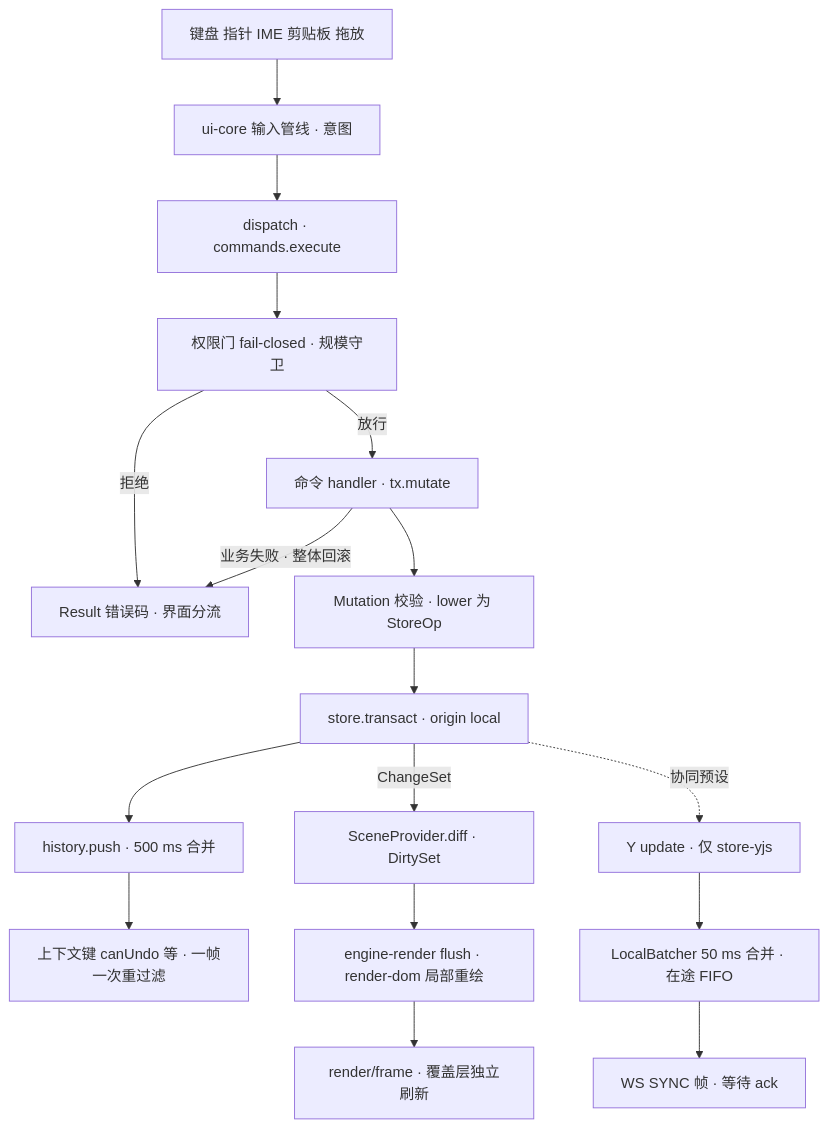
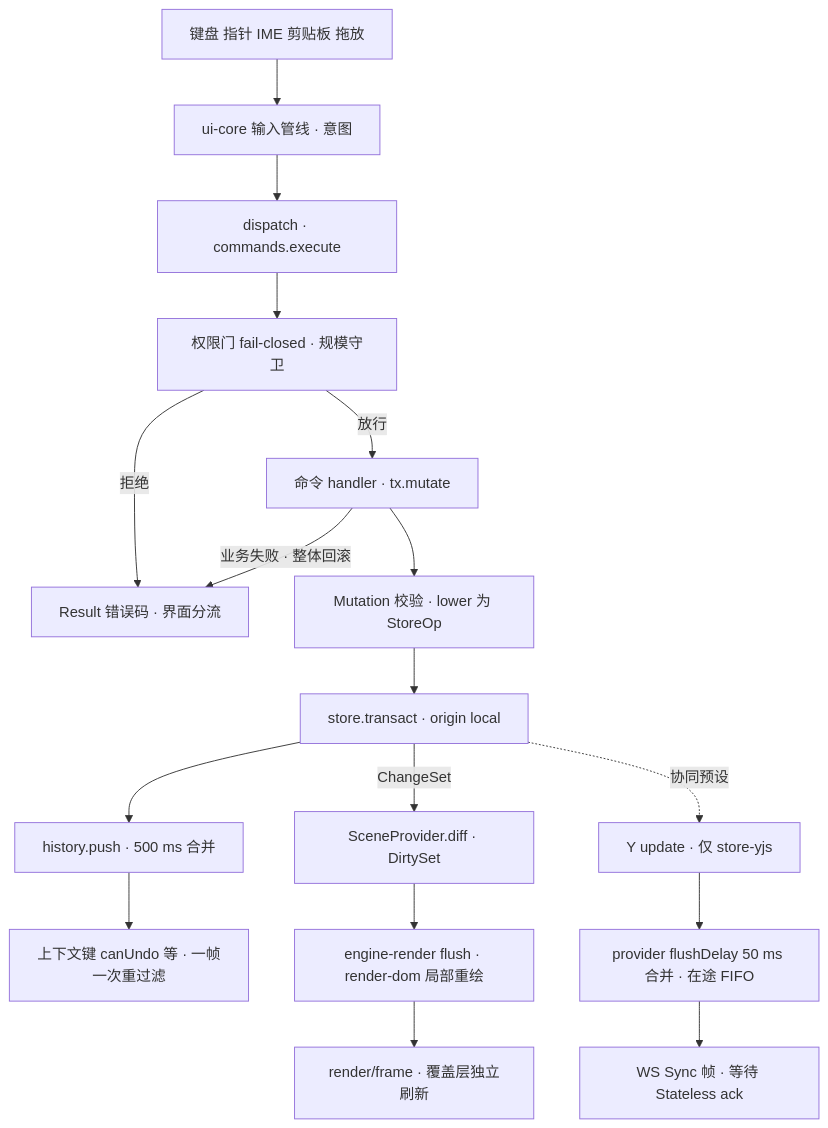
One commit to Xeonice/cordis-ppt-editor changed diagram 11 of 15 in docs/50-frontend/01-overview-and-runtime-map.md. Above: the diagram before and after it, drawn with Mermaid. The commit also changed other lines of this file and 22 other files, not shown here.

````diff
--- a/docs/50-frontend/01-overview-and-runtime-map.md
+++ b/docs/50-frontend/01-overview-and-runtime-map.md
@@ -221,26 +557,26 @@
 ```mermaid
 flowchart TB
   input["键盘 指针 IME 剪贴板 拖放"]
   intent["ui-core 输入管线 · 意图"]
   dispatch["dispatch · commands.execute"]
   gate["权限门 fail-closed · 规模守卫"]
   result["Result 错误码 · 界面分流"]
   handler["命令 handler · tx.mutate"]
   lowerOp["Mutation 校验 · lower 为 StoreOp"]
   tx["store.transact · origin local"]
   history["history.push · 500 ms 合并"]
   ctxKeys["上下文键 canUndo 等 · 一帧一次重过滤"]
   scene["SceneProvider.diff · DirtySet"]
   paint["engine-render flush · render-dom 局部重绘"]
   frame["render/frame · 覆盖层独立刷新"]
   yupd["Y update · 仅 store-yjs"]
-  batch["LocalBatcher 50 ms 合并 · 在途 FIFO"]
-  wsSend["WS SYNC 帧 · 等待 ack"]
+  batch["provider flushDelay 50 ms 合并 · 在途 FIFO"]
+  wsSend["WS Sync 帧 · 等待 Stateless ack"]
   input --> intent --> dispatch --> gate
   gate -->|"拒绝"| result
   gate -->|"放行"| handler --> lowerOp --> tx
   handler -->|"业务失败 · 整体回滚"| result
   tx --> history --> ctxKeys
   tx -->|"ChangeSet"| scene --> paint --> frame
   tx -.->|"协同预设"| yupd --> batch --> wsSend
 ```
````
